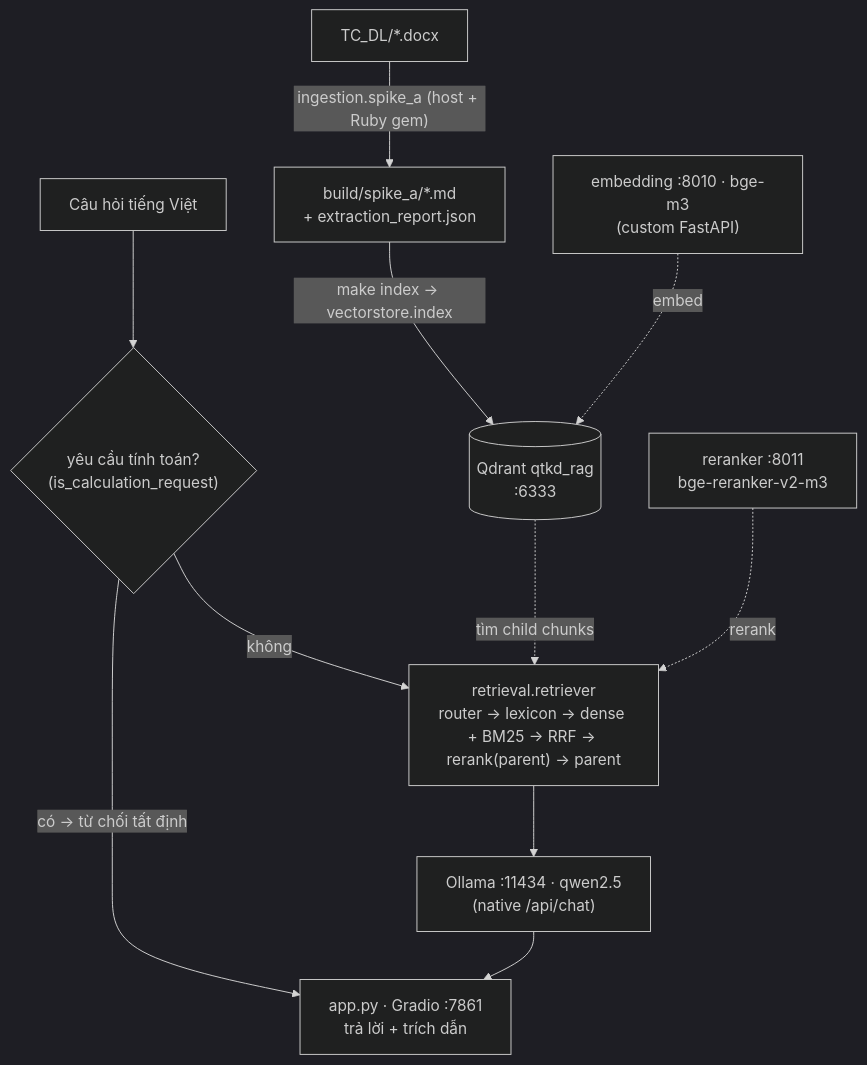
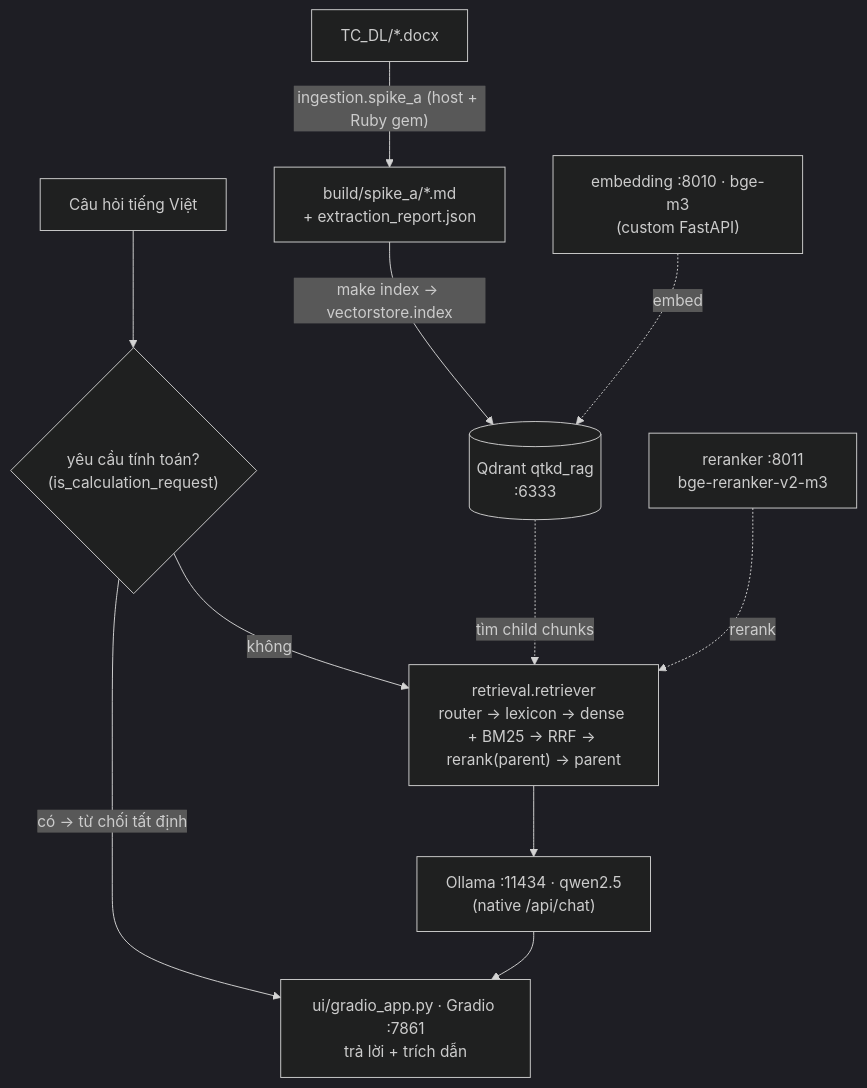
Before and after one commit to justtuananh/RAG-TC-DL: the first of 2 diagrams in README.md, drawn with Mermaid (dark theme). The commit also changed other lines of this file and 4 other files, not shown here.

````diff
--- a/README.md
+++ b/README.md
@@ -228,13 +230,13 @@
 ```mermaid
 flowchart TB
     D["TC_DL/*.docx"] -->|"ingestion.spike_a (host + Ruby gem)"| MD["build/spike_a/*.md<br/>+ extraction_report.json"]
     MD -->|"make index → vectorstore.index"| QD[("Qdrant qtkd_rag<br/>:6333")]
     EMB["embedding :8010 · bge-m3<br/>(custom FastAPI)"] -. embed .-> QD
     Q["Câu hỏi tiếng Việt"] --> GUARD{"yêu cầu tính toán?<br/>(is_calculation_request)"}
     GUARD -->|"có → từ chối tất định"| APP
     GUARD -->|"không"| RET["retrieval.retriever<br/>router → lexicon → dense + BM25 → RRF → rerank(parent) → parent"]
     QD -. "tìm child chunks" .-> RET
     RK["reranker :8011<br/>bge-reranker-v2-m3"] -. rerank .-> RET
     RET --> OL["Ollama :11434 · qwen2.5<br/>(native /api/chat)"]
-    OL --> APP["app.py · Gradio :7861<br/>trả lời + trích dẫn"]
+    OL --> APP["ui/gradio_app.py · Gradio :7861<br/>trả lời + trích dẫn"]
 ```
````
